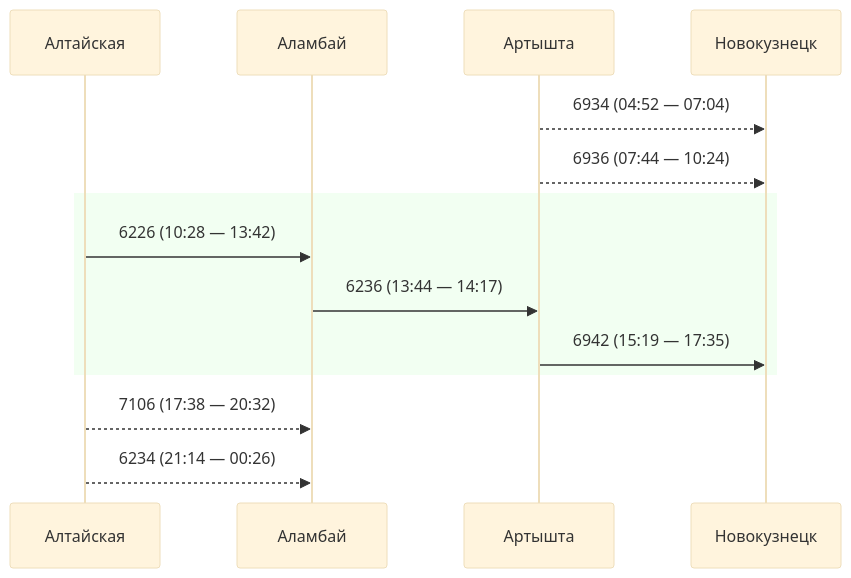
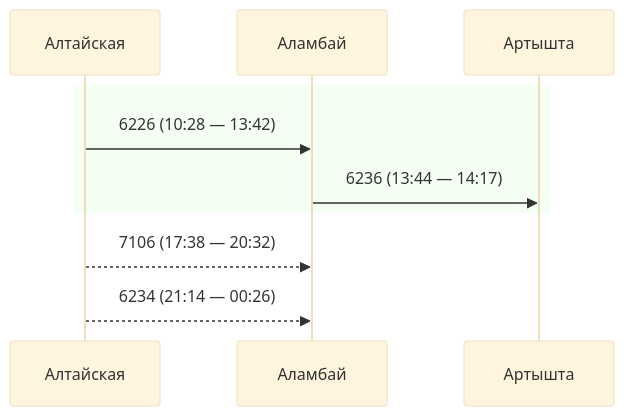
The seventh of 18 diagrams in Schedule/Eastbound.md (u0feff/Pezda), drawn with Mermaid (base theme) before and after one commit. The commit also changed other lines of this file and 7 other files, not shown here.

````diff
--- a/Schedule/Eastbound.md
+++ b/Schedule/Eastbound.md
@@ -339,21 +311,15 @@
 ```mermaid
 sequenceDiagram
     participant Алтайская
     participant Аламбай
     participant Артышта
-    participant Новокузнецк
-
-    Артышта-->>Новокузнецк: 6934 (04:52 — 07:04)
-
-    Артышта-->>Новокузнецк: 6936 (07:44 — 10:24)
 
     rect rgba(0, 255, 0, 0.05)
     Алтайская->>Аламбай: 6226 (10:28 — 13:42)
     Аламбай->>Артышта: 6236 (13:44 — 14:17)
-    Артышта->>Новокузнецк: 6942 (15:19 — 17:35)
     end
 
     Алтайская-->>Аламбай: 7106 (17:38 — 20:32)
 
     Алтайская-->>Аламбай: 6234 (21:14 — 00:26)
 ```
````
